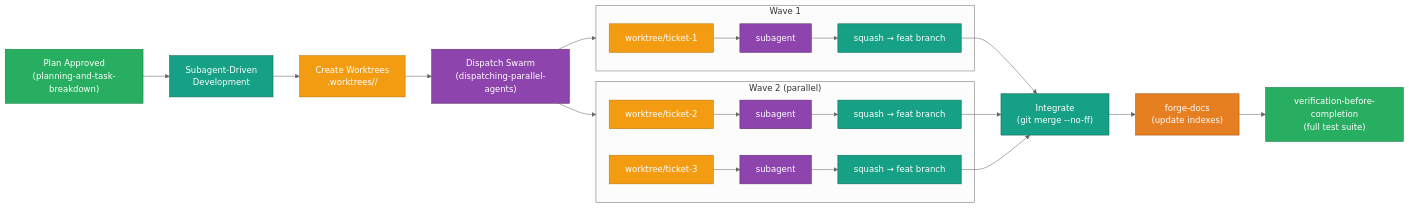
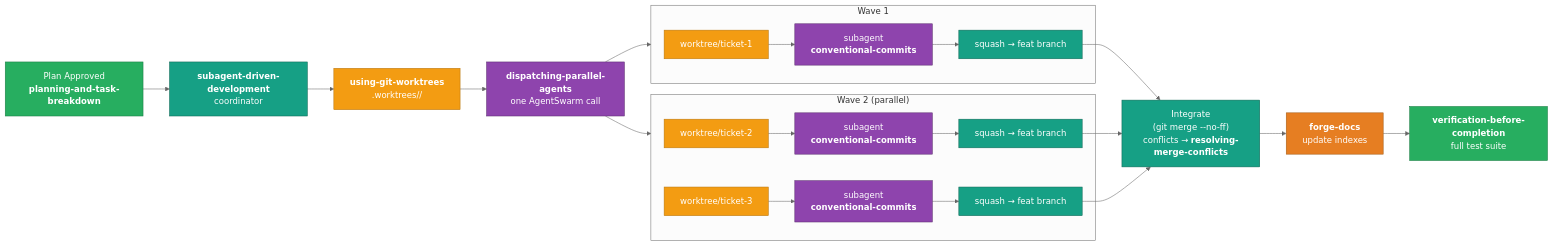
One commit to weselben/RooForge changed the fourth of 5 diagrams in README.md. Above: the diagram before and after it, drawn with Mermaid (neutral theme). The commit also changed other lines of this file, not shown here.

Commit message:
docs(readme): restore full RooForge README with install prompt, prerequisites, and 5 annotated flow diagrams

````diff
--- a/README.md
+++ b/README.md
@@ -119,42 +173,42 @@
 ```mermaid
 flowchart LR
-    Plan["Plan Approved<br/>(planning-and-task-breakdown)"] --> SDD["Subagent-Driven<br/>Development"]
-    SDD --> Worktrees["Create Worktrees<br/>.worktrees/<task-slug>/"]
-    Worktrees --> Swarm["Dispatch Swarm<br/>(dispatching-parallel-agents)"]
+    Plan["Plan Approved<br/><b>planning-and-task-breakdown</b>"] --> SDD["<b>subagent-driven-development</b><br/>coordinator"]
+    SDD --> Worktrees["<b>using-git-worktrees</b><br/>.worktrees/<task-slug>/"]
+    Worktrees --> Swarm["<b>dispatching-parallel-agents</b><br/>one AgentSwarm call"]
     
     subgraph Wave1["Wave 1"]
-        WT1["worktree/ticket-1"] --> SA1["subagent"] --> Squash1["squash → feat branch"]
+        WT1["worktree/ticket-1"] --> SA1["subagent<br/><b>conventional-commits</b>"] --> Squash1["squash → feat branch"]
     end
     
     subgraph Wave2["Wave 2 (parallel)"]
-        WT2["worktree/ticket-2"] --> SA2["subagent"] --> Squash2["squash → feat branch"]
-        WT3["worktree/ticket-3"] --> SA3["subagent"] --> Squash3["squash → feat branch"]
+        WT2["worktree/ticket-2"] --> SA2["subagent<br/><b>conventional-commits</b>"] --> Squash2["squash → feat branch"]
+        WT3["worktree/ticket-3"] --> SA3["subagent<br/><b>conventional-commits</b>"] --> Squash3["squash → feat branch"]
     end
     
     Swarm --> Wave1
     Swarm --> Wave2
     
-    Squash1 --> Integrate["Integrate<br/>(git merge --no-ff)"]
+    Squash1 --> Integrate["Integrate<br/>(git merge --no-ff)<br/>conflicts → <b>resolving-merge-conflicts</b>"]
     Squash2 --> Integrate
     Squash3 --> Integrate
     
-    Integrate --> Docs["forge-docs<br/>(update indexes)"]
-    Docs --> Verify["verification-before-completion<br/>(full test suite)"]
+    Integrate --> Docs["<b>forge-docs</b><br/>update indexes"]
+    Docs --> Verify["<b>verification-before-completion</b><br/>full test suite"]
     
     style Plan fill:#27AE60,color:#fff,stroke:#1A7A42
     style SDD fill:#16A085,color:#fff,stroke:#0E6655
     style Worktrees fill:#F39C12,color:#fff,stroke:#B8750E
     style Swarm fill:#8E44AD,color:#fff,stroke:#5B2D6E
     style WT1 fill:#F39C12,color:#fff,stroke:#B8750E
     style WT2 fill:#F39C12,color:#fff,stroke:#B8750E
     style WT3 fill:#F39C12,color:#fff,stroke:#B8750E
     style SA1 fill:#8E44AD,color:#fff,stroke:#5B2D6E
     style SA2 fill:#8E44AD,color:#fff,stroke:#5B2D6E
     style SA3 fill:#8E44AD,color:#fff,stroke:#5B2D6E
     style Squash1 fill:#16A085,color:#fff,stroke:#0E6655
     style Squash2 fill:#16A085,color:#fff,stroke:#0E6655
     style Squash3 fill:#16A085,color:#fff,stroke:#0E6655
     style Integrate fill:#16A085,color:#fff,stroke:#0E6655
     style Docs fill:#E67E22,color:#fff,stroke:#A05A15
     style Verify fill:#27AE60,color:#fff,stroke:#1A7A42
 ```
````
